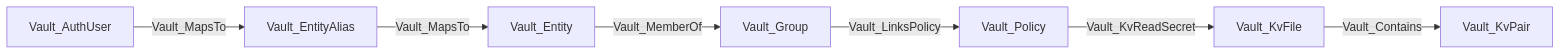
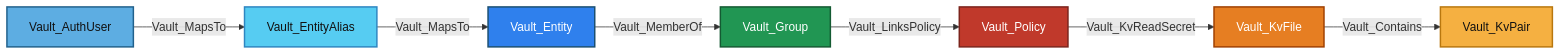
Before and after one commit to bytewreck/opengraph-vault: diagram 15 of 29 in Documentation/stores/MOUNTS.md, drawn with Mermaid. The commit also changed other lines of this file and 4 other files, not shown here.

````diff
--- a/Documentation/stores/MOUNTS.md
+++ b/Documentation/stores/MOUNTS.md
@@ -453,9 +507,17 @@
 ```mermaid
 flowchart LR
-    user[Vault_AuthUser] -->|Vault_MapsTo| alias[Vault_EntityAlias]
-    alias -->|Vault_MapsTo| entity[Vault_Entity]
-    entity -->|Vault_MemberOf| group[Vault_Group]
-    group -->|Vault_LinksPolicy| policy[Vault_Policy]
-    policy -->|Vault_KvReadSecret| file[Vault_KvFile]
-    file -->|Vault_Contains| pair[Vault_KvPair]
+    user[Vault_AuthUser]:::authUserNode -->|Vault_MapsTo| alias[Vault_EntityAlias]:::entityAliasNode
+    alias -->|Vault_MapsTo| entity[Vault_Entity]:::entityNode
+    entity -->|Vault_MemberOf| group[Vault_Group]:::groupNode
+    group -->|Vault_LinksPolicy| policy[Vault_Policy]:::policyNode
+    policy -->|Vault_KvReadSecret| file[Vault_KvFile]:::kvObjectNode
+    file -->|Vault_Contains| pair[Vault_KvPair]:::kvPairNode
+
+    classDef authUserNode fill:#5DADE2,color:#111,stroke:#21618C,stroke-width:2px
+    classDef entityAliasNode fill:#56CCF2,color:#111,stroke:#2E86C1,stroke-width:2px
+    classDef entityNode fill:#2F80ED,color:#fff,stroke:#1B4F72,stroke-width:2px
+    classDef groupNode fill:#219653,color:#fff,stroke:#145A32,stroke-width:2px
+    classDef policyNode fill:#C0392B,color:#fff,stroke:#7B241C,stroke-width:2px
+    classDef kvObjectNode fill:#E67E22,color:#fff,stroke:#A04000,stroke-width:2px
+    classDef kvPairNode fill:#F5B041,color:#111,stroke:#B9770E,stroke-width:2px
 ```
````
